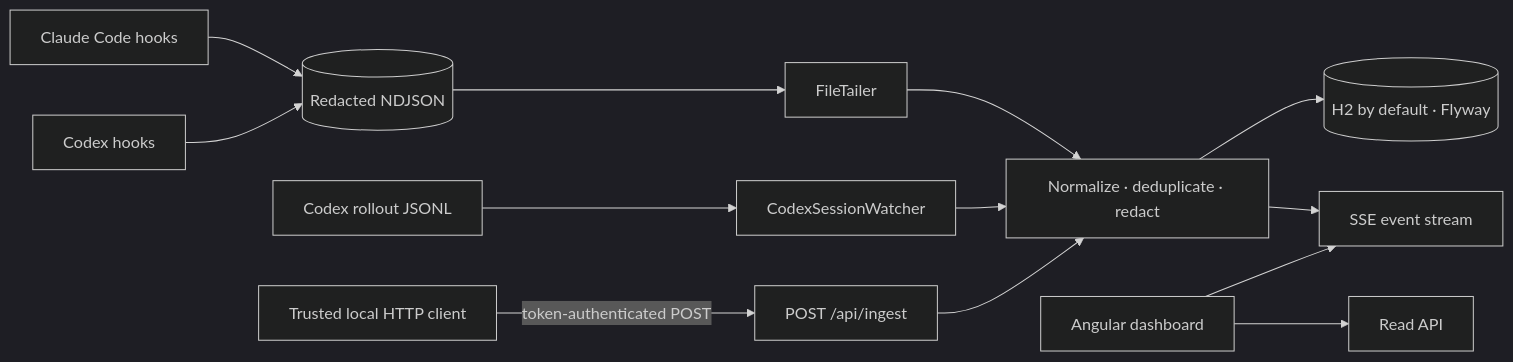
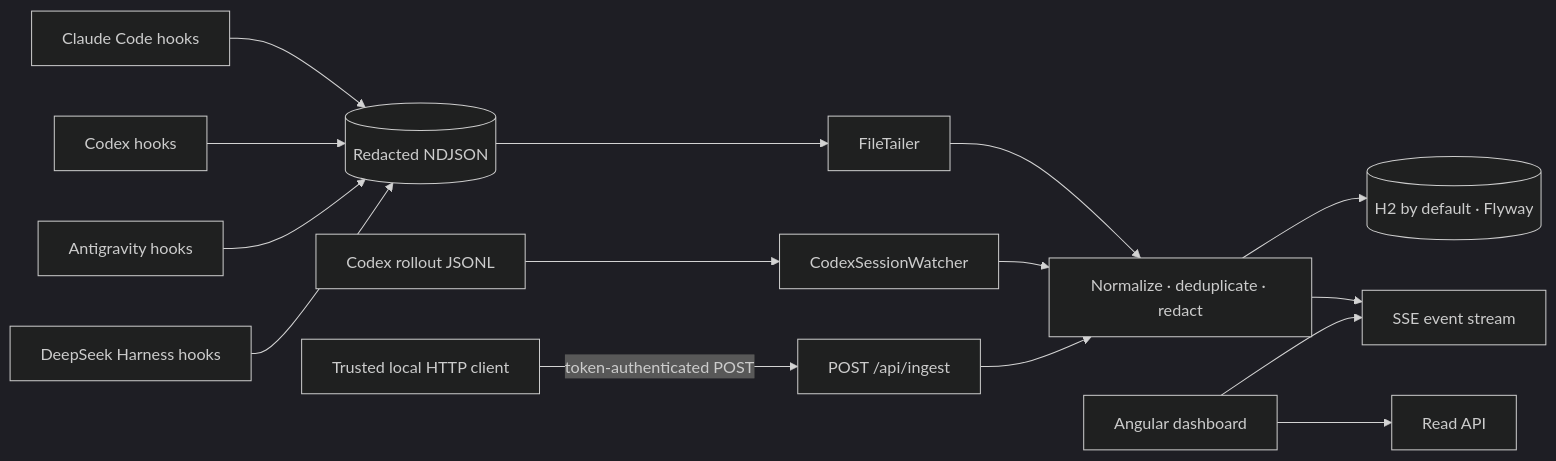
The diagram in README.md (FerS00/Overseer), drawn with Mermaid (dark theme) before and after one commit. The commit also changed other lines of this file and 65 other files, not shown here.

````diff
--- a/README.md
+++ b/README.md
@@ -58,15 +78,17 @@
 ```mermaid
 flowchart LR
     CH[Claude Code hooks] --> NDJSON[(Redacted NDJSON)]
     CX[Codex hooks] --> NDJSON
+    AG[Antigravity hooks] --> NDJSON
+    DS[DeepSeek Harness hooks] --> NDJSON
     NDJSON --> FT[FileTailer]
     CR[Codex rollout JSONL] --> CW[CodexSessionWatcher]
     FT --> ES[Normalize · deduplicate · redact]
     CW --> ES
     ES --> DB[(H2 by default · Flyway)]
     ES --> SSE[SSE event stream]
     UI[Angular dashboard] --> API[Read API]
     UI --> SSE
     LC[Trusted local HTTP client] -->|token-authenticated POST| ING[POST /api/ingest]
     ING --> ES
 ```
````
